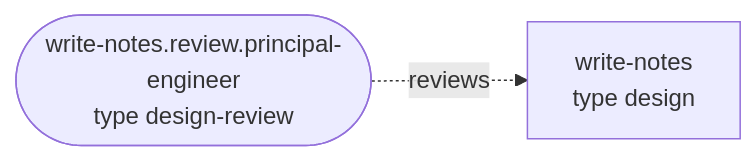
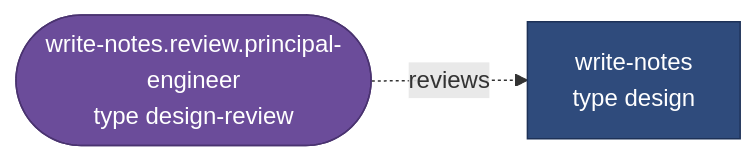
The first of 2 diagrams in task_runner/docs/tutorial/06-writing-a-workflow.md (miavenet/mv-aipp101-starter), drawn with Mermaid before and after one commit. The commit also changed other lines of this file and 6 other files, not shown here.

````diff
--- a/task_runner/docs/tutorial/06-writing-a-workflow.md
+++ b/task_runner/docs/tutorial/06-writing-a-workflow.md
@@ -26,5 +27,10 @@
 ```mermaid
 flowchart LR
     W["write-notes<br/>type design"] 
     R(["write-notes.review.principal-engineer<br/>type design-review"]) -. reviews .-> W
+
+    classDef produce fill:#2f4b7c,stroke:#1d3157,color:#ffffff
+    classDef review fill:#6b4c9a,stroke:#4a3370,color:#ffffff
+    class W produce
+    class R review
 ```
````
